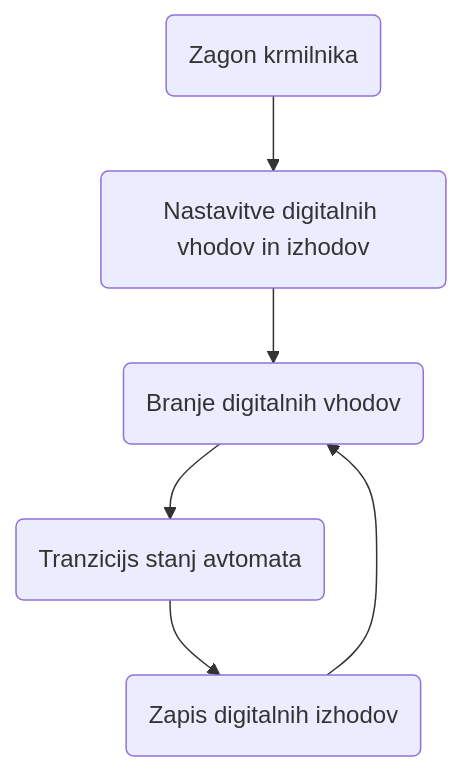
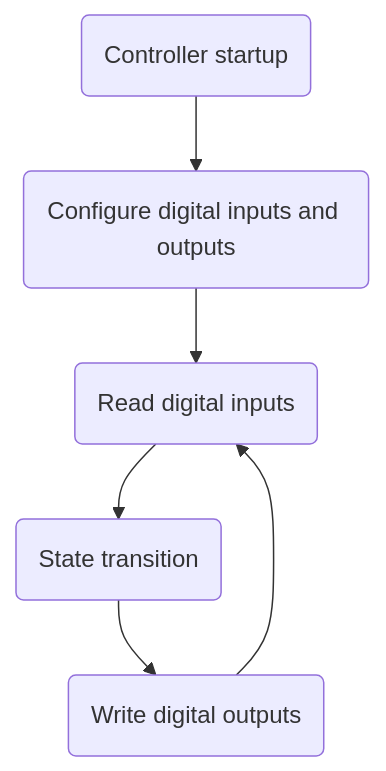
The first of 3 diagrams in en/programiranje/implementacija-moorovega-avtomata.md (fsprojekti/wiki), drawn with Mermaid before and after one commit. The commit also changed other lines of this file and 24 other files, not shown here.

````diff
--- a/en/programiranje/implementacija-moorovega-avtomata.md
+++ b/en/programiranje/implementacija-moorovega-avtomata.md
@@ -23,8 +23,8 @@
 ```mermaid
 graph TD
-A(Zagon krmilnika) -->B(Nastavitve digitalnih vhodov in izhodov)
-B --> C(Branje digitalnih vhodov)
-C -->D(Tranzicijs stanj avtomata)
-D -->E(Zapis digitalnih izhodov)
+A(Controller startup) -->B(Configure digital inputs and outputs)
+B --> C(Read digital inputs)
+C -->D(State transition)
+D -->E(Write digital outputs)
 E-->C
 ```
````
